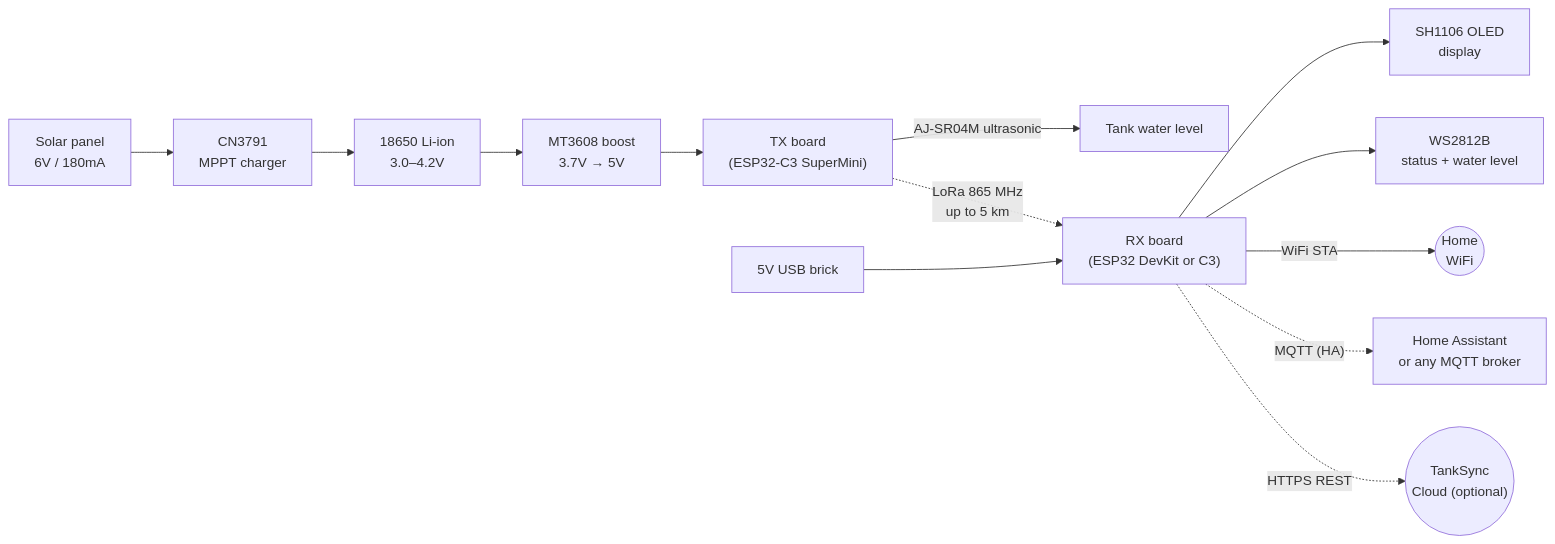
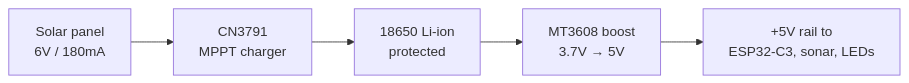
The fourth of 6 diagrams in hardware/wiring.md (Techposts/TankSync), drawn with Mermaid before and after one commit. The commit also changed other lines of this file, not shown here.

First line of the commit message:
docs(hardware): split dense Mermaid diagrams into small focused ones

````diff
--- a/hardware/wiring.md
+++ b/hardware/wiring.md
@@ -16,15 +164,7 @@
 ```mermaid
 flowchart LR
-    PANEL["Solar panel<br/>6V / 180mA"] --> MPPT["CN3791<br/>MPPT charger"]
-    MPPT --> BAT["18650 Li-ion<br/>3.0–4.2V"]
-    BAT --> BOOST["MT3608 boost<br/>3.7V → 5V"]
-    BOOST --> TX["TX board<br/>(ESP32-C3 SuperMini)"]
-    TX -- "AJ-SR04M ultrasonic" --> SONAR["Tank water level"]
-    TX -. "LoRa 865 MHz<br/>up to 5 km" .-> RX["RX board<br/>(ESP32 DevKit or C3)"]
-    USB["5V USB brick"] --> RX
-    RX --> OLED["SH1106 OLED<br/>display"]
-    RX --> LEDS["WS2812B<br/>status + water level"]
-    RX -- "WiFi STA" --> WIFI(("Home<br/>WiFi"))
-    RX -. "MQTT (HA)" .-> HA["Home Assistant<br/>or any MQTT broker"]
-    RX -. "HTTPS REST" .-> CLOUD(("TankSync<br/>Cloud (optional)"))
+    PANEL[Solar panel<br/>6V / 180mA] --> MPPT[CN3791<br/>MPPT charger]
+    MPPT --> BAT[18650 Li-ion<br/>protected]
+    BAT --> BOOST[MT3608 boost<br/>3.7V → 5V]
+    BOOST --> RAIL[+5V rail to<br/>ESP32-C3, sonar, LEDs]
 ```
````
